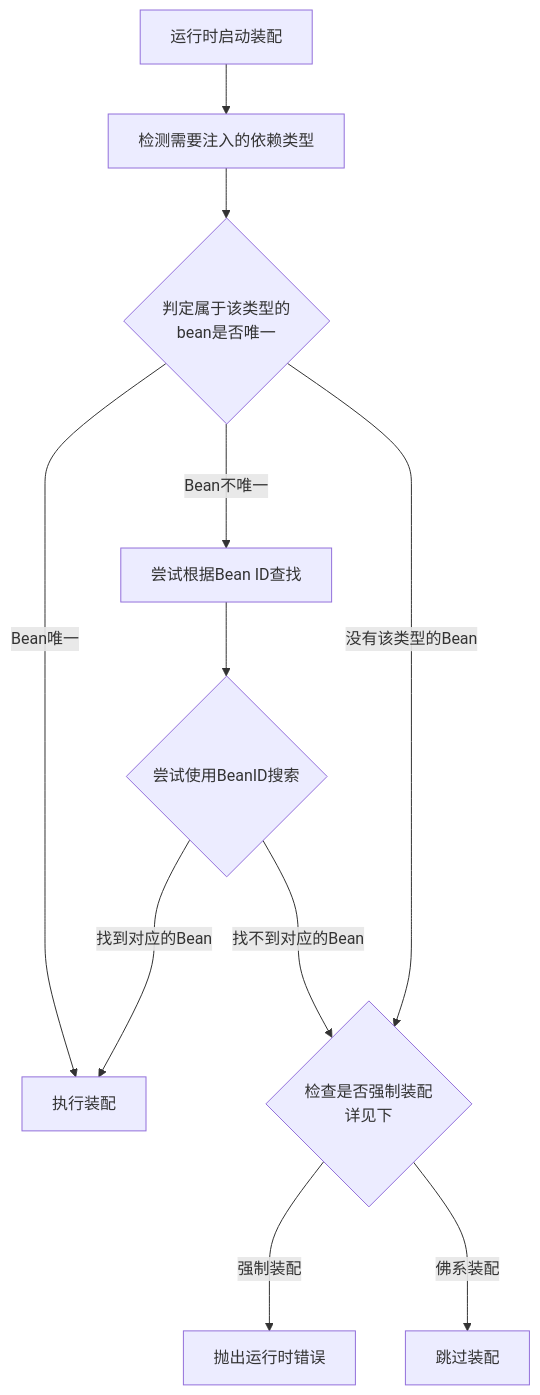
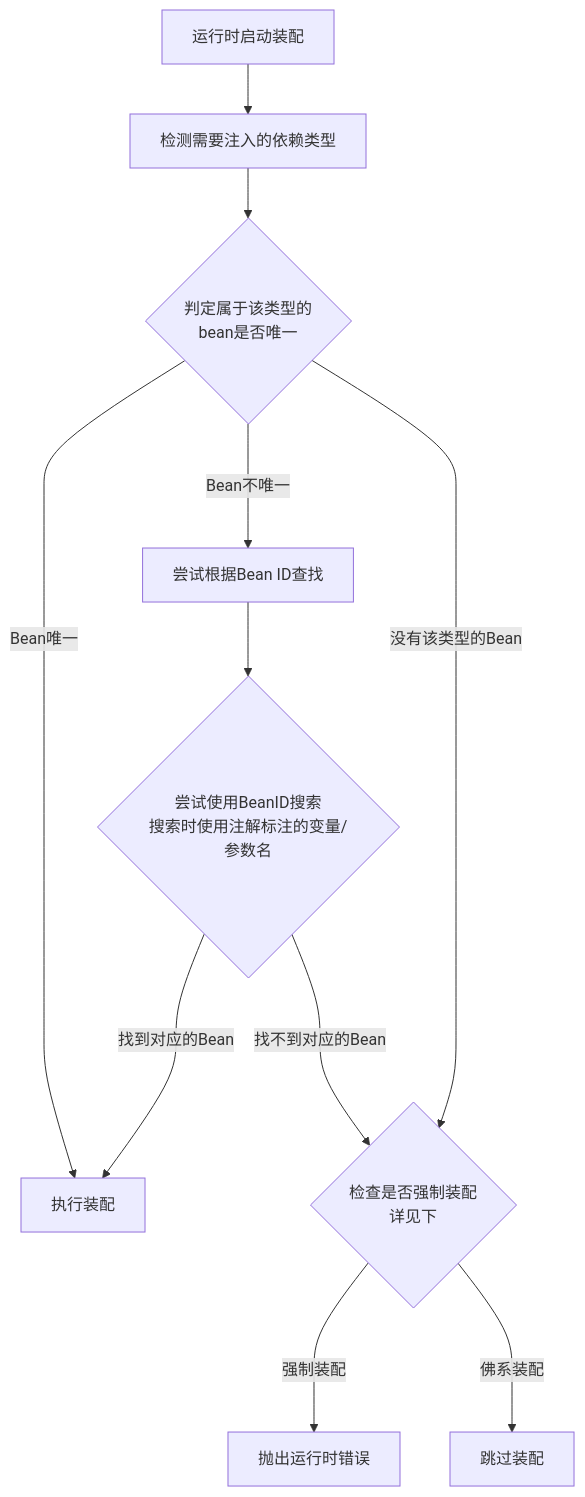
The second of 2 diagrams in 前后端编程/SSM框架/SpringFramework/Spring Framework基础.md (h13-0/Notebooks), drawn with Mermaid before and after one commit. The commit also changed other lines of this file and 1 other file, not shown here.

````diff
--- a/前后端编程/SSM框架/SpringFramework/Spring Framework基础.md
+++ b/前后端编程/SSM框架/SpringFramework/Spring Framework基础.md
@@ -401,13 +401,13 @@
 ```mermaid
 flowchart TB
 	A[运行时启动装配] --> B[检测需要注入的依赖类型]
 	B --> C{判定属于该类型的<br>bean是否唯一}
 	C -- Bean唯一 ---> G[执行装配]
 	C -- Bean不唯一 ---> E[尝试根据Bean ID查找]
 	C -- 没有该类型的Bean ---> H{检查是否强制装配<br>详见下} 
-	E --> F{尝试使用BeanID搜索}
+	E --> F{尝试使用BeanID搜索<br>搜索时使用注解标注的变量/参数名}
 	F -- 找到对应的Bean ---> G[执行装配]
 	F -- 找不到对应的Bean ---> H
 	H -- 强制装配 ---> I[抛出运行时错误]
 	H -- 佛系装配 ---> J[跳过装配]
 ```
````
